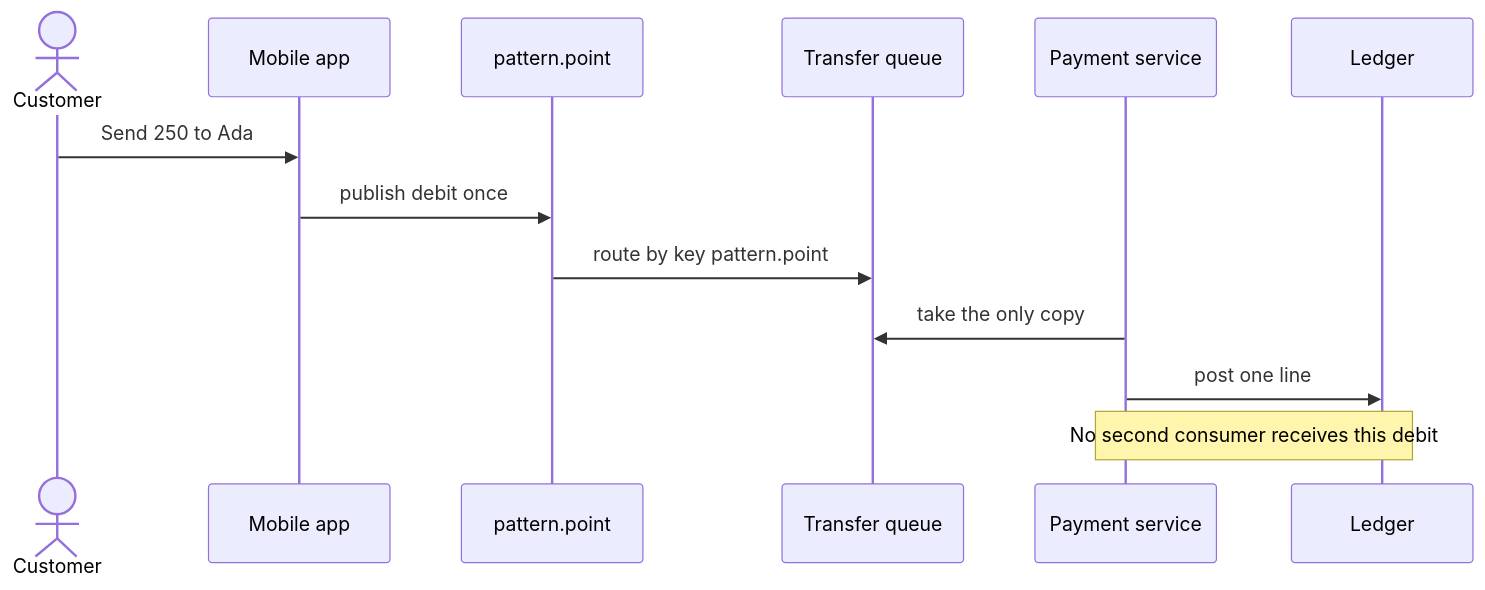
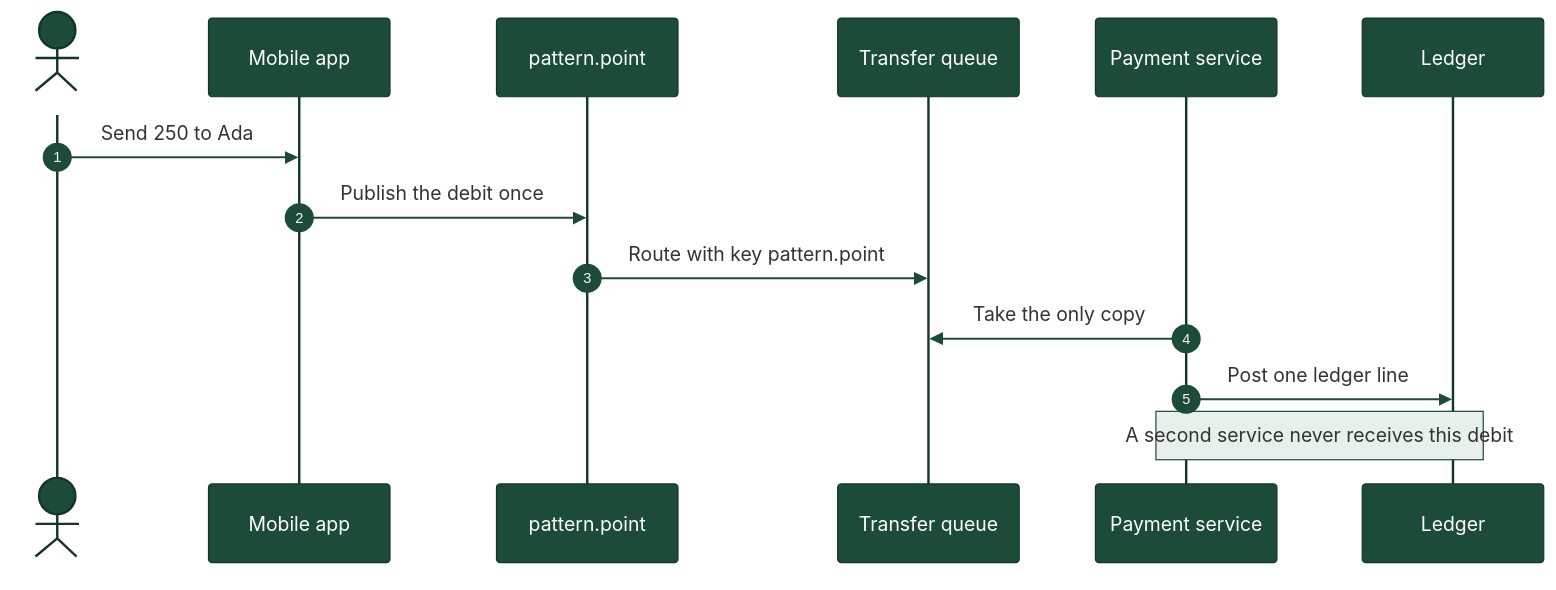
Before and after one commit to omeraltan/simple-rabbitmq-and-springboot-project: the second of 8 diagrams in README.md, drawn with Mermaid. The commit also changed other lines of this file, not shown here.

````diff
--- a/README.md
+++ b/README.md
@@ -46,16 +57,18 @@
 ```mermaid
+%%{init: {'theme':'base','themeVariables': {'fontFamily':'ui-sans-serif, system-ui, sans-serif','actorBkg':'#1c4b38','actorTextColor':'#ffffff','actorBorder':'#143628','signalColor':'#1c4b38','noteBkgColor':'#e7f0eb','noteBorderColor':'#1c4b38'}}}%%
 sequenceDiagram
+    autonumber
     actor Customer
     participant App as Mobile app
     participant Exchange as pattern.point
     participant Queue as Transfer queue
     participant Payment as Payment service
     participant Ledger as Ledger
 
     Customer->>App: Send 250 to Ada
-    App->>Exchange: publish debit once
-    Exchange->>Queue: route by key pattern.point
-    Payment->>Queue: take the only copy
-    Payment->>Ledger: post one line
-    Note over Payment,Ledger: No second consumer receives this debit
+    App->>Exchange: Publish the debit once
+    Exchange->>Queue: Route with key pattern.point
+    Payment->>Queue: Take the only copy
+    Payment->>Ledger: Post one ledger line
+    Note over Payment,Ledger: A second service never receives this debit
 ```
````
